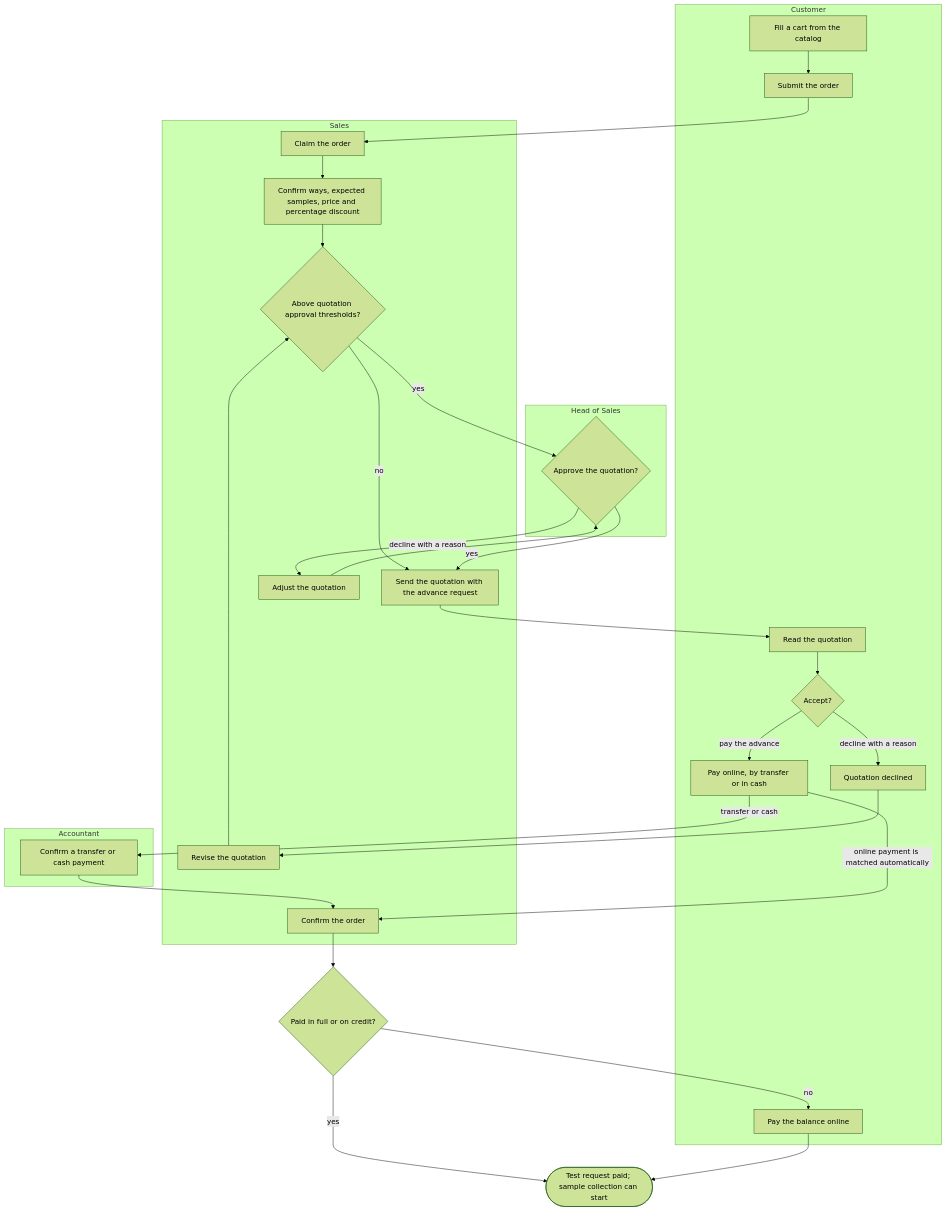
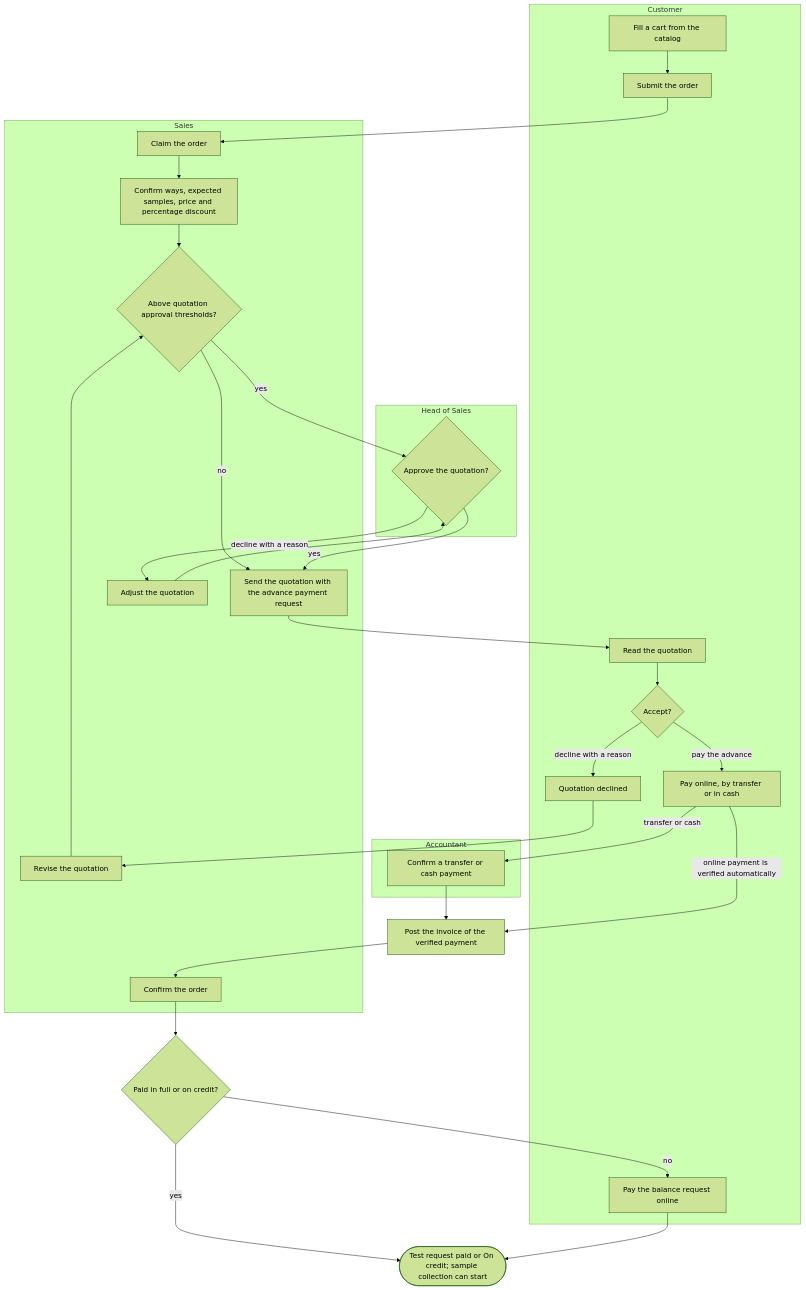
Before and after one commit to SoltuneMontepre/medilab: the first of 17 diagrams in docs/functional/business-flows.md, drawn with Mermaid (forest theme). The commit also changed other lines of this file and 9 other files, not shown here.

Commit message:
[docs] Describe payment requests, pending-payment blocks and the On credit test request in the feature documents

````diff
--- a/docs/functional/business-flows.md
+++ b/docs/functional/business-flows.md
@@ -48,35 +48,35 @@
 ```mermaid
 flowchart TD
     subgraph lane1 ["Customer"]
         c1[Fill a cart from the catalog] --> c2[Submit the order]
         c3[Read the quotation] --> c4{Accept?}
         c4 -->|pay the advance| c5[Pay online, by transfer or in cash]
         c4 -->|decline with a reason| c6[Quotation declined]
-        c7[Pay the balance online]
+        c7[Pay the balance request online]
     end
     subgraph lane2 ["Sales"]
         s1[Claim the order] --> s2[Confirm ways, expected samples, price and percentage discount]
         s2 --> gate{Above quotation approval thresholds?}
-        gate -->|no| s3[Send the quotation with the advance request]
+        gate -->|no| s3[Send the quotation with the advance payment request]
         s4[Confirm the order]
         s6[Revise the quotation]
         s7[Adjust the quotation]
     end
     subgraph lane3 ["Accountant"]
         a1[Confirm a transfer or cash payment]
     end
     subgraph lane4 ["Head of Sales"]
         h0{Approve the quotation?}
     end
     c2 --> s1
     gate -->|yes| h0
     h0 -->|yes| s3
     h0 -->|decline with a reason| s7 --> h0
     s3 --> c3
-    c5 -->|online payment is matched automatically| s4
-    c5 -->|transfer or cash| a1 --> s4
+    c5 -->|online payment is verified automatically| posted[Post the invoice of the verified payment] --> s4
+    c5 -->|transfer or cash| a1 --> posted
     c6 --> s6 --> gate
     s4 --> paid{Paid in full or on credit?}
-    paid -->|yes| done(["Test request paid; sample collection can start"])
+    paid -->|yes| done(["Test request paid or On credit; sample collection can start"])
     paid -->|no| c7 --> done
 ```
````
